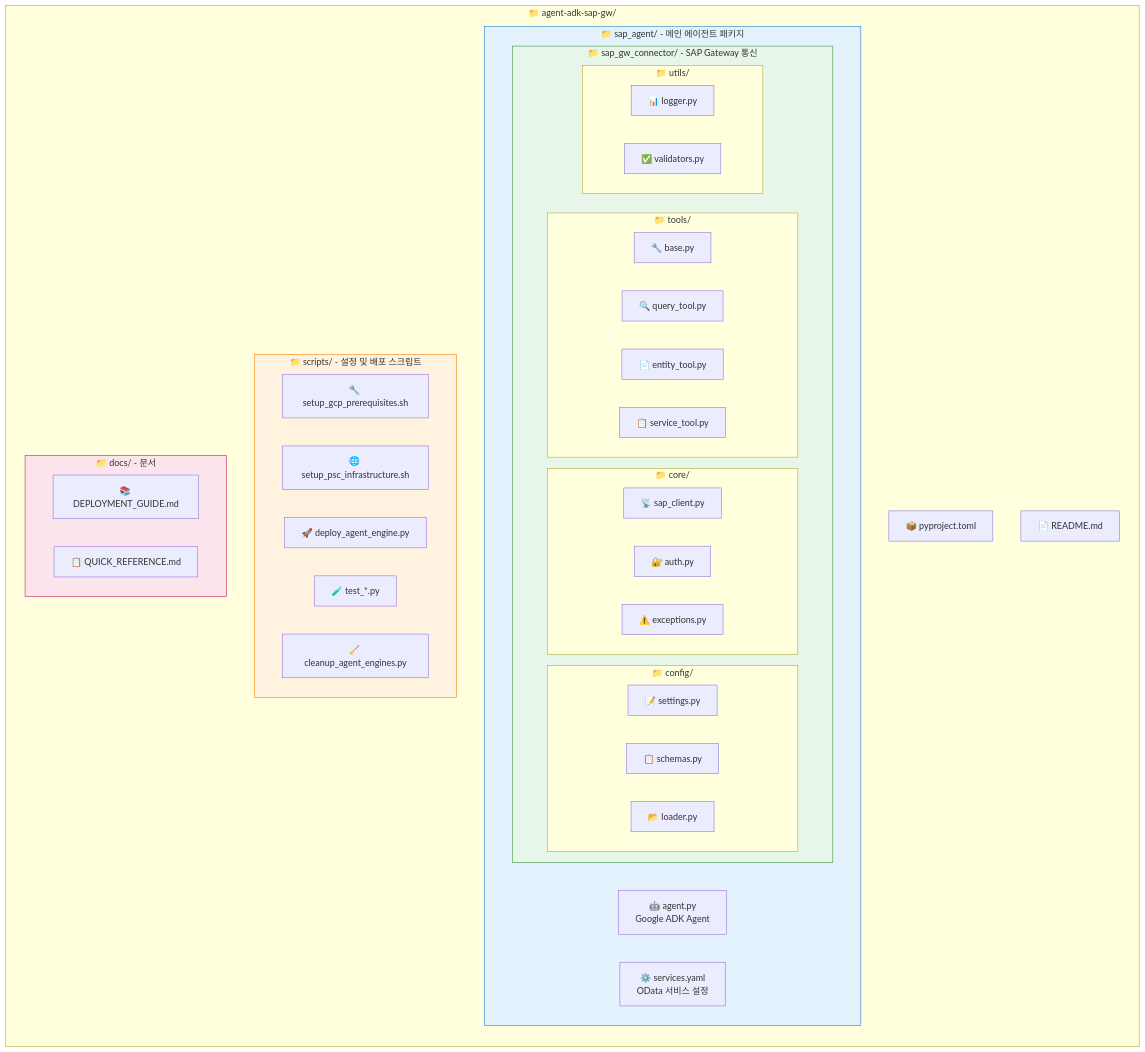
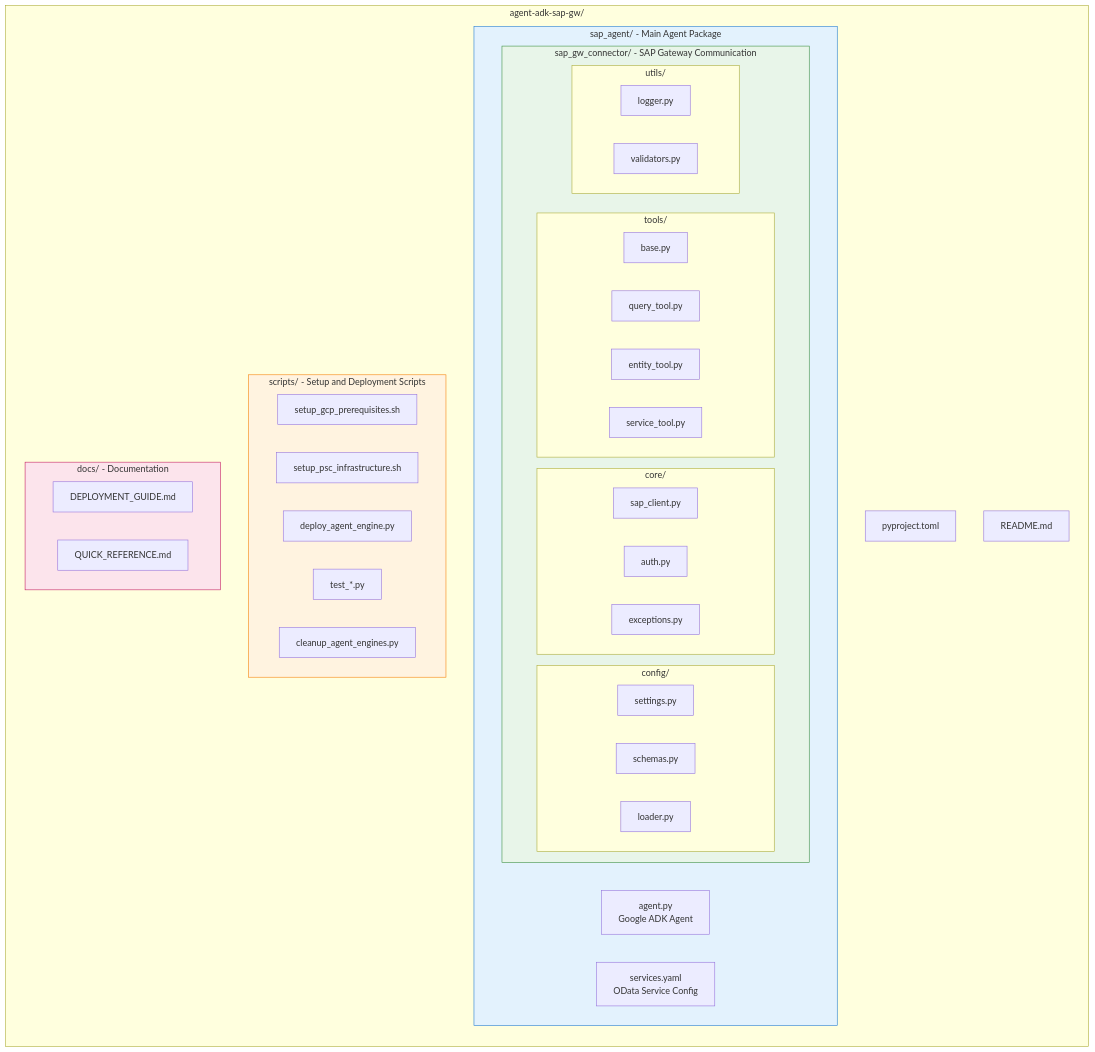
The ninth of 9 diagrams in README.md (midasol/sap-adk-agent), drawn with Mermaid before and after one commit. The commit also changed other lines of this file and 5 other files, not shown here.

````diff
--- a/README.md
+++ b/README.md
@@ -451,58 +451,58 @@
 ```mermaid
 flowchart LR
-    subgraph Root["📁 agent-adk-sap-gw/"]
+    subgraph Root["agent-adk-sap-gw/"]
         direction TB
 
-        subgraph SapAgent["📁 sap_agent/ - 메인 에이전트 패키지"]
-            AgentPy["🤖 agent.py<br/>Google ADK Agent"]
-            ServicesYaml["⚙️ services.yaml<br/>OData 서비스 설정"]
+        subgraph SapAgent["sap_agent/ - Main Agent Package"]
+            AgentPy["agent.py<br/>Google ADK Agent"]
+            ServicesYaml["services.yaml<br/>OData Service Config"]
 
-            subgraph GWConnector["📁 sap_gw_connector/ - SAP Gateway 통신"]
-                subgraph Config["📁 config/"]
-                    SettingsPy["📝 settings.py"]
-                    SchemasPy["📋 schemas.py"]
-                    LoaderPy["📂 loader.py"]
+            subgraph GWConnector["sap_gw_connector/ - SAP Gateway Communication"]
+                subgraph Config["config/"]
+                    SettingsPy["settings.py"]
+                    SchemasPy["schemas.py"]
+                    LoaderPy["loader.py"]
                 end
 
-                subgraph Core["📁 core/"]
-                    SAPClientPy["📡 sap_client.py"]
-                    AuthPy["🔐 auth.py"]
-                    ExceptionsPy["⚠️ exceptions.py"]
+                subgraph Core["core/"]
+                    SAPClientPy["sap_client.py"]
+                    AuthPy["auth.py"]
+                    ExceptionsPy["exceptions.py"]
                 end
 
-                subgraph Tools["📁 tools/"]
-                    BasePy["🔧 base.py"]
-                    QueryToolPy["🔍 query_tool.py"]
-                    EntityToolPy["📄 entity_tool.py"]
-                    ServiceToolPy["📋 service_tool.py"]
+                subgraph Tools["tools/"]
+                    BasePy["base.py"]
+                    QueryToolPy["query_tool.py"]
+                    EntityToolPy["entity_tool.py"]
+                    ServiceToolPy["service_tool.py"]
                 end
 
-                subgraph Utils["📁 utils/"]
-                    LoggerPy["📊 logger.py"]
-                    ValidatorsPy["✅ validators.py"]
+                subgraph Utils["utils/"]
+                    LoggerPy["logger.py"]
+                    ValidatorsPy["validators.py"]
                 end
             end
         end
 
-        subgraph Scripts["📁 scripts/ - 설정 및 배포 스크립트"]
-            GCPSetup["🔧 setup_gcp_prerequisites.sh"]
-            PSCSetup["🌐 setup_psc_infrastructure.sh"]
-            DeployPy["🚀 deploy_agent_engine.py"]
-            TestPy["🧪 test_*.py"]
-            CleanupPy["🧹 cleanup_agent_engines.py"]
+        subgraph Scripts["scripts/ - Setup and Deployment Scripts"]
+            GCPSetup["setup_gcp_prerequisites.sh"]
+            PSCSetup["setup_psc_infrastructure.sh"]
+            DeployPy["deploy_agent_engine.py"]
+            TestPy["test_*.py"]
+            CleanupPy["cleanup_agent_engines.py"]
         end
 
-        subgraph Docs["📁 docs/ - 문서"]
-            DeployGuide["📚 DEPLOYMENT_GUIDE.md"]
-            QuickRef["📋 QUICK_REFERENCE.md"]
+        subgraph Docs["docs/ - Documentation"]
+            DeployGuide["DEPLOYMENT_GUIDE.md"]
+            QuickRef["QUICK_REFERENCE.md"]
         end
 
-        PyProject["📦 pyproject.toml"]
-        Readme["📄 README.md"]
+        PyProject["pyproject.toml"]
+        Readme["README.md"]
     end
 
     style SapAgent fill:#e3f2fd,stroke:#1976d2
     style GWConnector fill:#e8f5e9,stroke:#388e3c
     style Scripts fill:#fff3e0,stroke:#f57c00
     style Docs fill:#fce4ec,stroke:#c2185b
 ```
````
